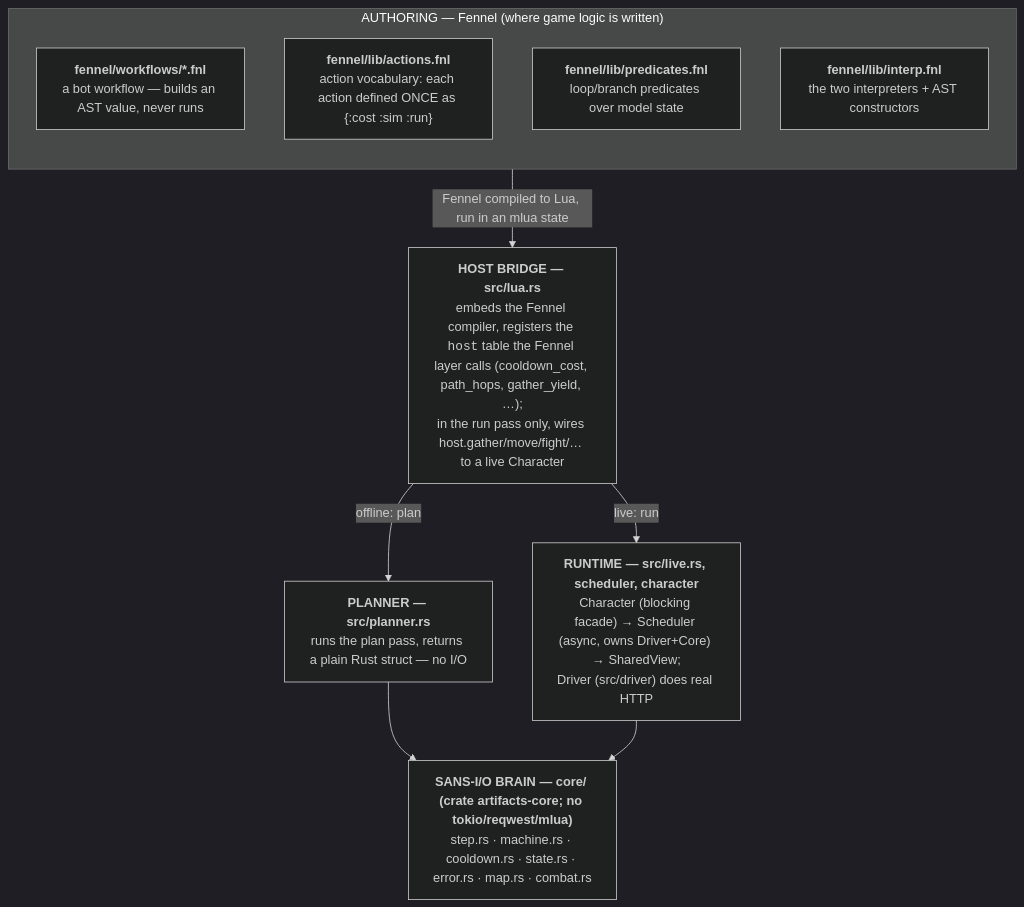
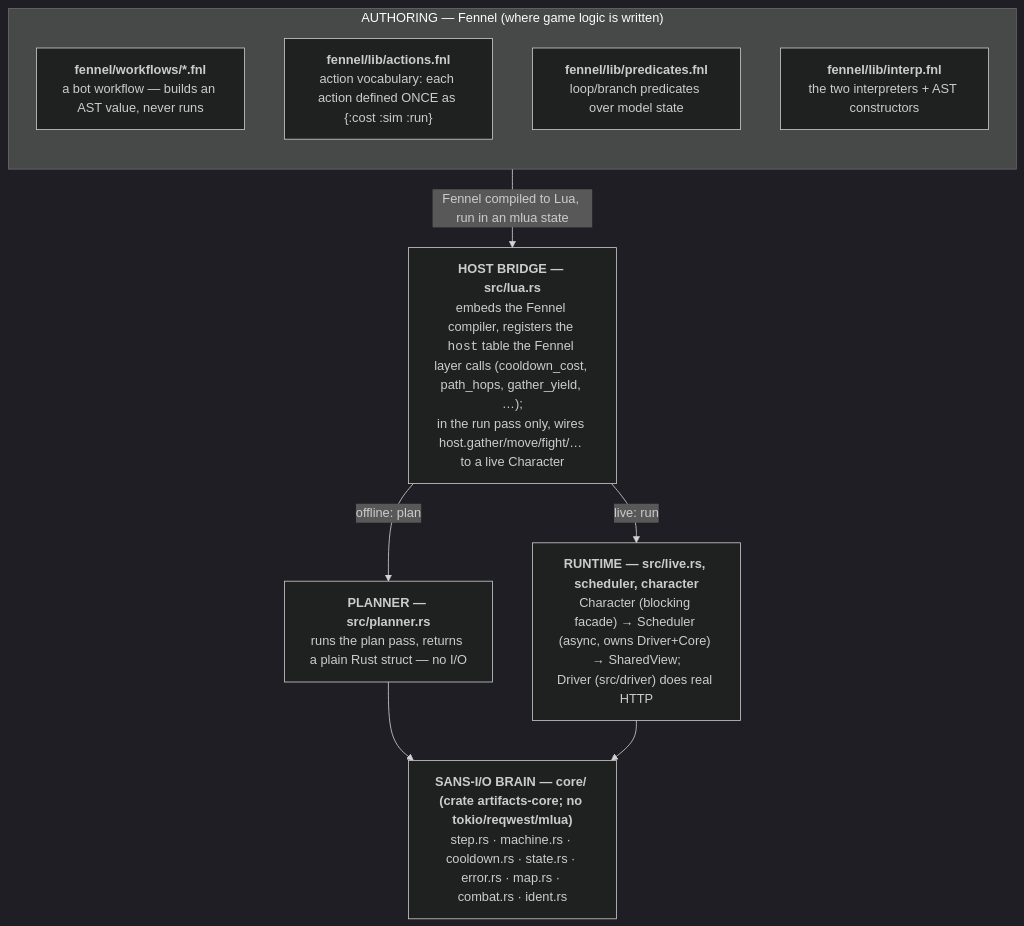
The diagram in docs/ARCHITECTURE.md (dfontana/artifacts), drawn with Mermaid (dark theme) before and after one commit. The commit also changed other lines of this file and 15 other files, not shown here.

````diff
--- a/docs/ARCHITECTURE.md
+++ b/docs/ARCHITECTURE.md
@@ -11,23 +11,23 @@
 ```mermaid
 flowchart TD
     subgraph authoring["AUTHORING — Fennel (where game logic is written)"]
         direction TB
         wf["<b>fennel/workflows/*.fnl</b><br/>a bot workflow — builds an AST value, never runs"]
         act["<b>fennel/lib/actions.fnl</b><br/>action vocabulary: each action defined ONCE as {:cost :sim :run}"]
         pred["<b>fennel/lib/predicates.fnl</b><br/>loop/branch predicates over model state"]
         interp["<b>fennel/lib/interp.fnl</b><br/>the two interpreters + AST constructors"]
     end
 
     bridge["<b>HOST BRIDGE — src/lua.rs</b><br/>embeds the Fennel compiler, registers the <code>host</code> table the Fennel layer calls (cooldown_cost, path_hops, gather_yield, …);<br/>in the run pass only, wires host.gather/move/fight/… to a live Character"]
 
     planner["<b>PLANNER — src/planner.rs</b><br/>runs the plan pass, returns a plain Rust struct — no I/O"]
     runtime["<b>RUNTIME — src/live.rs, scheduler, character</b><br/>Character (blocking facade) → Scheduler (async, owns Driver+Core) → SharedView;<br/>Driver (src/driver) does real HTTP"]
 
-    core["<b>SANS-I/O BRAIN — core/ (crate artifacts-core; no tokio/reqwest/mlua)</b><br/>step.rs · machine.rs · cooldown.rs · state.rs · error.rs · map.rs · combat.rs"]
+    core["<b>SANS-I/O BRAIN — core/ (crate artifacts-core; no tokio/reqwest/mlua)</b><br/>step.rs · machine.rs · cooldown.rs · state.rs · error.rs · map.rs · combat.rs · ident.rs"]
 
     authoring -->|"Fennel compiled to Lua, run in an mlua state"| bridge
     bridge -->|"offline: plan"| planner
     bridge -->|"live: run"| runtime
     planner --> core
     runtime --> core
 ```
````
